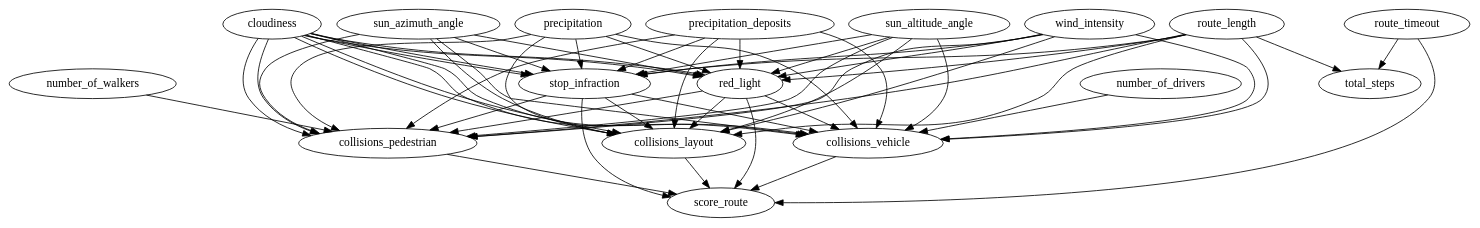
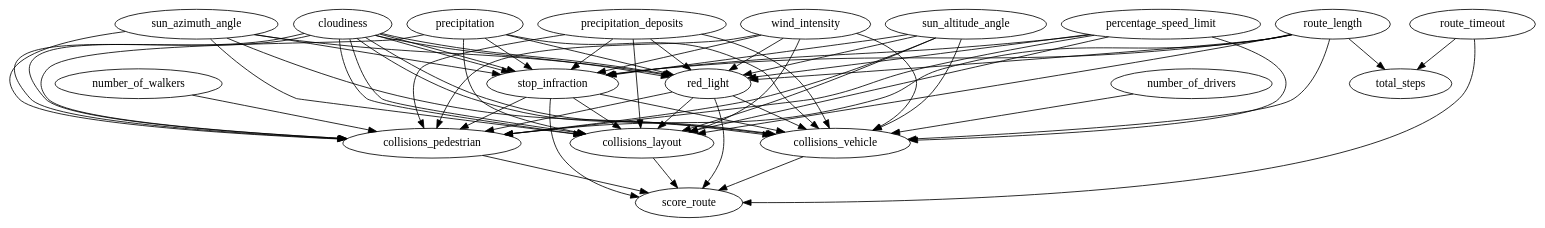
Before and after one commit to CITCOM-project/TCP: the diagram in dags/simple.dot, drawn with Graphviz. The commit also changed 5 other files, not shown here.

```diff
--- a/dags/simple.dot
+++ b/dags/simple.dot
@@ -1,90 +1,97 @@
 digraph simple {
   /* INPUTS */
   cloudiness [type="input", datatype=float];
   number_of_drivers [type="input", datatype=int];
   number_of_walkers [type="input", datatype=int];
   precipitation [type="input", datatype=float];
   precipitation_deposits [type="input", datatype=float];
   sun_altitude_angle [type="input", datatype=float];
   sun_azimuth_angle [type="input", datatype=float];
   wind_intensity [type="input", datatype=float];
+  percentage_speed_limit [type="input", datatype=float];
 
   /* OUTPUTS */
   collisions_layout [type="output", datatype=int];
   collisions_pedestrian [type="output", datatype=int];
   collisions_vehicle [type="output", datatype=int];
   red_light [type="output", datatype=int];
   route_length [type="output", datatype=float];
   route_timeout [type="output", datatype=float];
   score_route [type="output", datatype=score_route];
   stop_infraction [type="output", datatype=int];
   total_steps [type="output", datatype=int];
 
   collisions_layout -> score_route;
   collisions_pedestrian -> score_route;
   collisions_vehicle -> score_route;
   red_light -> score_route;
   stop_infraction -> score_route;
 
   stop_infraction -> collisions_layout;
   stop_infraction -> collisions_pedestrian;
   stop_infraction -> collisions_vehicle;
 
   red_light -> collisions_layout;
   red_light -> collisions_pedestrian;
   red_light -> collisions_vehicle;
+
+  percentage_speed_limit -> collisions_layout;
+  percentage_speed_limit -> collisions_pedestrian;
+  percentage_speed_limit -> collisions_vehicle;
+  percentage_speed_limit -> stop_infraction;
+  percentage_speed_limit -> red_light;
 
   route_length -> collisions_layout;
   route_length -> collisions_pedestrian;
   route_length -> collisions_vehicle;
   route_length -> stop_infraction;
   route_length -> red_light;
 
   number_of_walkers -> collisions_pedestrian;
   number_of_drivers -> collisions_vehicle;
 
   cloudiness -> collisions_layout;
   cloudiness -> collisions_pedestrian;
   cloudiness -> collisions_vehicle;
   cloudiness -> stop_infraction;
   cloudiness -> red_light;
 
   precipitation -> collisions_layout;
   precipitation -> collisions_pedestrian;
   precipitation -> collisions_vehicle;
   precipitation -> stop_infraction;
   precipitation -> red_light;
 
   precipitation_deposits -> collisions_layout;
   precipitation_deposits -> collisions_pedestrian;
   precipitation_deposits -> collisions_vehicle;
   precipitation_deposits -> stop_infraction;
   precipitation_deposits -> red_light;
 
   cloudiness -> collisions_layout;
   cloudiness -> collisions_pedestrian;
   cloudiness -> collisions_vehicle;
   cloudiness -> stop_infraction;
   cloudiness -> red_light;
 
   sun_altitude_angle -> collisions_layout;
   sun_altitude_angle -> collisions_pedestrian;
   sun_altitude_angle -> collisions_vehicle;
   sun_altitude_angle -> stop_infraction;
   sun_altitude_angle -> red_light;
 
   sun_azimuth_angle -> collisions_layout;
   sun_azimuth_angle -> collisions_pedestrian;
   sun_azimuth_angle -> collisions_vehicle;
   sun_azimuth_angle -> stop_infraction;
   sun_azimuth_angle -> red_light;
 
   wind_intensity -> collisions_layout;
   wind_intensity -> collisions_pedestrian;
   wind_intensity -> collisions_vehicle;
   wind_intensity -> stop_infraction;
   wind_intensity -> red_light;
 
   route_timeout -> score_route;
   route_timeout -> total_steps;
   route_length -> total_steps;}
```
